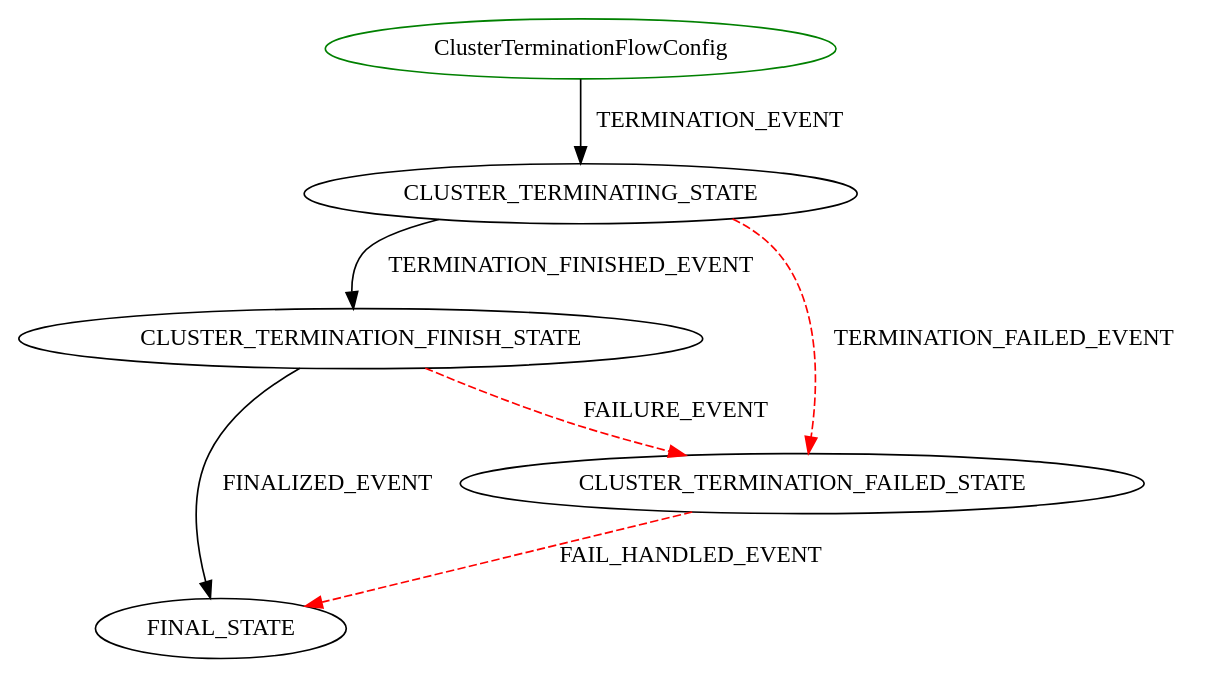
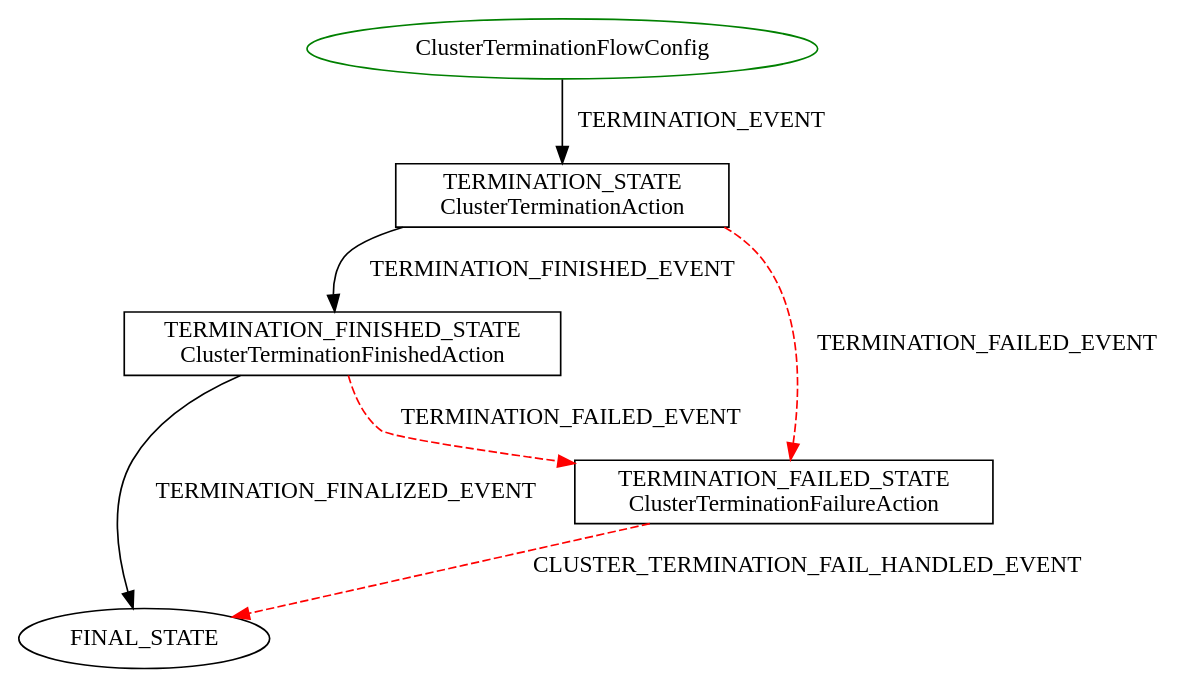
Before and after one commit to hortonworks/cloudbreak-docs: the diagram in latest/diagrams/ClusterTerminationFlowConfig.dot, drawn with Graphviz. The commit also changed 55 other files, not shown here.

```diff
--- a/latest/diagrams/ClusterTerminationFlowConfig.dot
+++ b/latest/diagrams/ClusterTerminationFlowConfig.dot
@@ -1,9 +1,12 @@
 digraph {
 INIT_STATE [label="ClusterTerminationFlowConfig" shape=ellipse color=green];
-INIT_STATE -> CLUSTER_TERMINATING_STATE [label="TERMINATION_EVENT" color=black style=solid];
-CLUSTER_TERMINATING_STATE -> CLUSTER_TERMINATION_FINISH_STATE [label="TERMINATION_FINISHED_EVENT" color=black style=solid];
-CLUSTER_TERMINATING_STATE -> CLUSTER_TERMINATION_FAILED_STATE [label="TERMINATION_FAILED_EVENT" color=red style=dashed];
-CLUSTER_TERMINATION_FAILED_STATE -> FINAL_STATE [label="FAIL_HANDLED_EVENT" color=red style=dashed];
-CLUSTER_TERMINATION_FINISH_STATE -> FINAL_STATE [label="FINALIZED_EVENT" color=black style=solid];
-CLUSTER_TERMINATION_FINISH_STATE -> CLUSTER_TERMINATION_FAILED_STATE [label="FAILURE_EVENT" color=red style=dashed];
+TERMINATION_STATE [label="TERMINATION_STATE\nClusterTerminationAction" shape=rect color=black];
+INIT_STATE -> TERMINATION_STATE [label="TERMINATION_EVENT" color=black style=solid];
+TERMINATION_FINISHED_STATE [label="TERMINATION_FINISHED_STATE\nClusterTerminationFinishedAction" shape=rect color=black];
+TERMINATION_STATE -> TERMINATION_FINISHED_STATE [label="TERMINATION_FINISHED_EVENT" color=black style=solid];
+TERMINATION_FAILED_STATE [label="TERMINATION_FAILED_STATE\nClusterTerminationFailureAction" shape=rect color=black];
+TERMINATION_STATE -> TERMINATION_FAILED_STATE [label="TERMINATION_FAILED_EVENT" color=red style=dashed];
+TERMINATION_FAILED_STATE -> FINAL_STATE [label="CLUSTER_TERMINATION_FAIL_HANDLED_EVENT" color=red style=dashed];
+TERMINATION_FINISHED_STATE -> FINAL_STATE [label="TERMINATION_FINALIZED_EVENT" color=black style=solid];
+TERMINATION_FINISHED_STATE -> TERMINATION_FAILED_STATE [label="TERMINATION_FAILED_EVENT" color=red style=dashed];
 }
```
